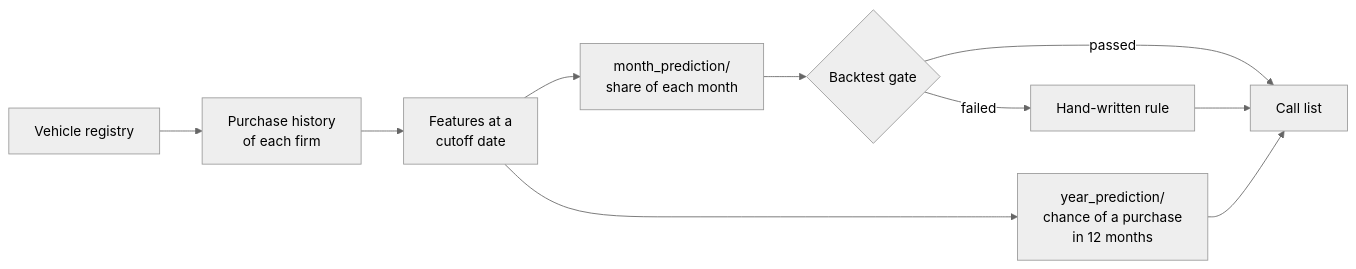
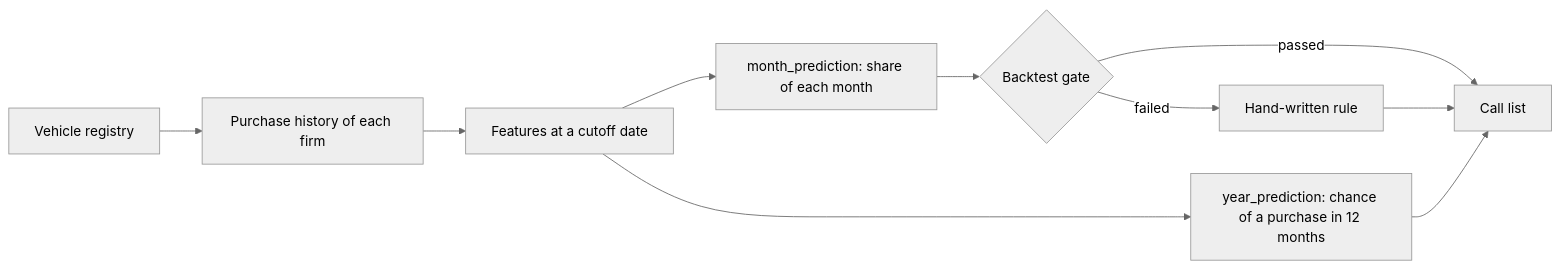
One commit to VojtechStransky/flotio-prediction-core changed the diagram in README.md. Above: the diagram before and after it, drawn with Mermaid (neutral theme).

Commit message:
Fix README flow diagram rendering on GitHub

````diff
--- a/README.md
+++ b/README.md
@@ -44,11 +44,20 @@
 ```mermaid
 flowchart LR
-    A[Vehicle registry] --> B[Purchase history<br>of each firm]
-    B --> C[Features at a<br>cutoff date]
-    C --> D["year_prediction/<br>chance of a purchase<br>in 12 months"]
-    C --> E["month_prediction/<br>share of each month"]
-    E --> G{Backtest gate}
-    G -- passed --> F[Call list]
-    G -- failed --> R[Hand-written rule] --> F
+    A["Vehicle registry"]
+    B["Purchase history of each firm"]
+    C["Features at a cutoff date"]
+    D["year_prediction: chance of a purchase in 12 months"]
+    E["month_prediction: share of each month"]
+    G{"Backtest gate"}
+    R["Hand-written rule"]
+    F["Call list"]
+    A --> B
+    B --> C
+    C --> D
+    C --> E
+    E --> G
+    G -->|passed| F
+    G -->|failed| R
+    R --> F
     D --> F
 ```
````
